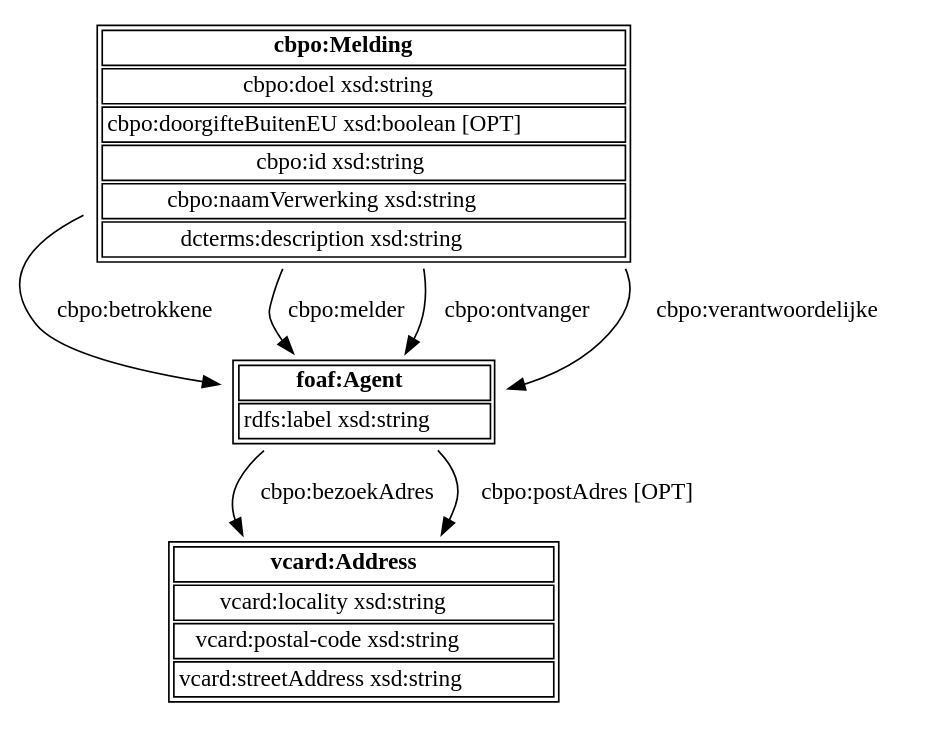
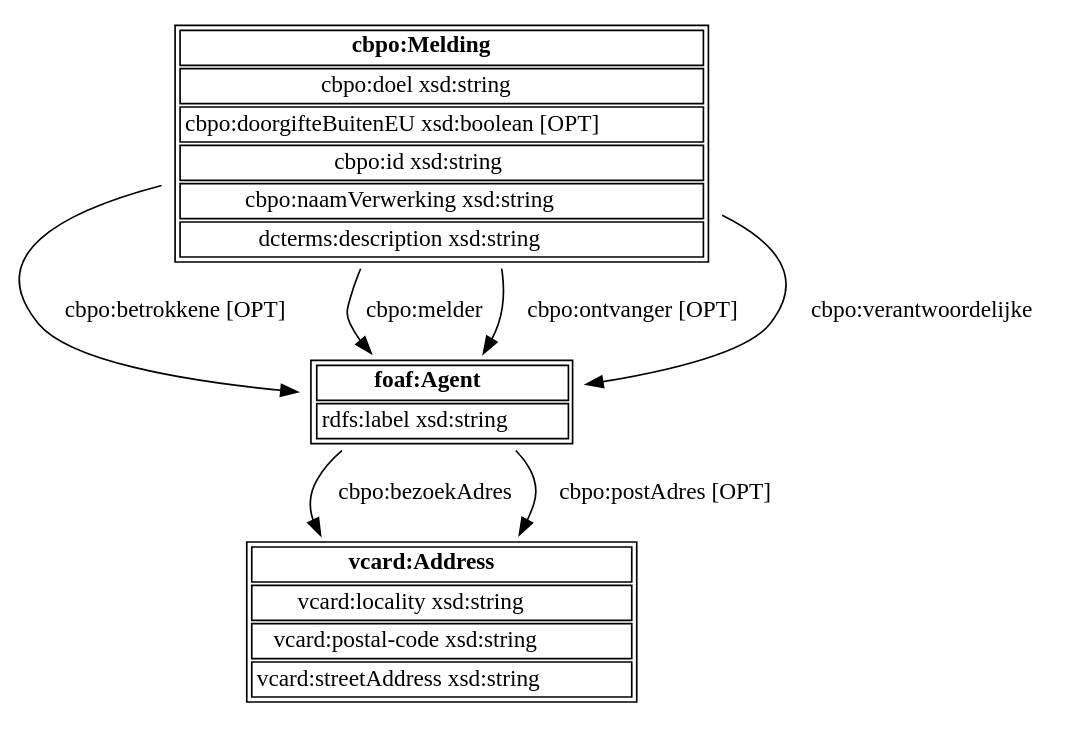
Before and after one commit to wouterbeek/Data-Journalism: the diagram in cbpo.dot, drawn with Graphviz. The commit also changed 1 other file, not shown here.

```diff
--- a/cbpo.dot
+++ b/cbpo.dot
@@ -1,28 +1,28 @@
 digraph G {
   address [label=<<TABLE>
 		<TR><TD><B>vcard:Address</B></TD></TR>
 		<TR><TD>vcard:locality xsd:string</TD></TR>
 		<TR><TD>vcard:postal-code xsd:string</TD></TR>
 		<TR><TD>vcard:streetAddress xsd:string</TD></TR>
 		</TABLE>>,shape="none"];
   agent [label=<<TABLE>
 		<TR><TD><B>foaf:Agent</B></TD></TR>
 		<TR><TD>rdfs:label xsd:string</TD></TR>
 		</TABLE>>,shape="none"];
   melding [label=<<TABLE>
 		<TR><TD><B>cbpo:Melding</B></TD></TR>
 		<TR><TD>cbpo:doel xsd:string</TD></TR>
 		<TR><TD>cbpo:doorgifteBuitenEU xsd:boolean [OPT]</TD></TR>
 		<TR><TD>cbpo:id xsd:string</TD></TR>
 		<TR><TD>cbpo:naamVerwerking xsd:string</TD></TR>
 		<TR><TD>dcterms:description xsd:string</TD></TR>
 		</TABLE>>,shape="none"];
 
   agent -> address [label="cbpo:bezoekAdres"];
   agent -> address [label="cbpo:postAdres [OPT]"];
 
-  melding -> agent [label="cbpo:betrokkene"];
+  melding -> agent [label="cbpo:betrokkene [OPT]"];
   melding -> agent [label="cbpo:melder"];
-  melding -> agent [label="cbpo:ontvanger"];
+  melding -> agent [label="cbpo:ontvanger [OPT]"];
   melding -> agent [label="cbpo:verantwoordelijke"];
 }
```
